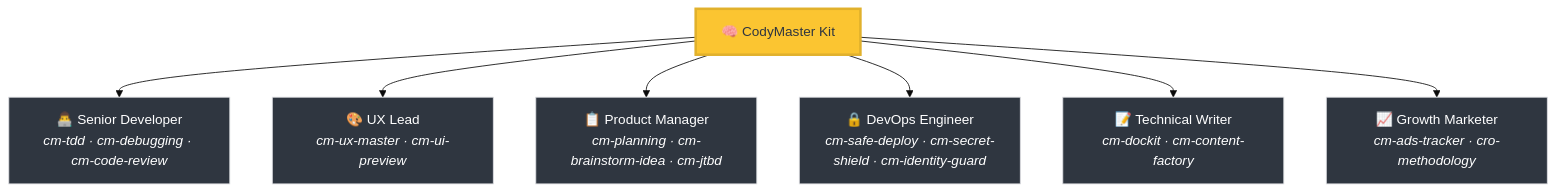
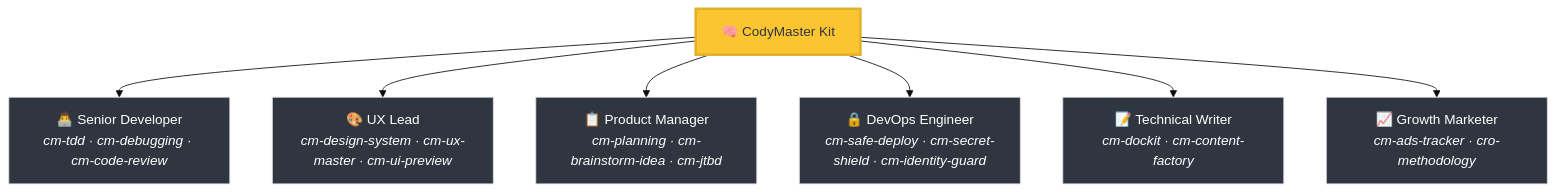
One commit to tody-agent/codymaster changed the first of 3 diagrams in README.md. Above: the diagram before and after it, drawn with Mermaid (base theme). The commit also changed other lines of this file and 57 other files, not shown here.

````diff
--- a/README.md
+++ b/README.md
@@ -56,12 +56,12 @@
 ```mermaid
 graph TD
     A["🧠 CodyMaster Kit"] --> B["👨‍💻 Senior Developer<br/><i>cm-tdd · cm-debugging · cm-code-review</i>"]
-    A --> C["🎨 UX Lead<br/><i>cm-ux-master · cm-ui-preview</i>"]
+    A --> C["🎨 UX Lead<br/><i>cm-design-system · cm-ux-master · cm-ui-preview</i>"]
     A --> D["📋 Product Manager<br/><i>cm-planning · cm-brainstorm-idea · cm-jtbd</i>"]
     A --> E["🔒 DevOps Engineer<br/><i>cm-safe-deploy · cm-secret-shield · cm-identity-guard</i>"]
     A --> F["📝 Technical Writer<br/><i>cm-dockit · cm-content-factory</i>"]
     A --> G["📈 Growth Marketer<br/><i>cm-ads-tracker · cro-methodology</i>"]
     style A fill:#fbc531,stroke:#e1b12c,color:#2f3640,stroke-width:3px
     classDef team fill:#2f3640,stroke:#dcdde1,stroke-width:1px,color:#fff;
     class B,C,D,E,F,G team;
 ```
````
